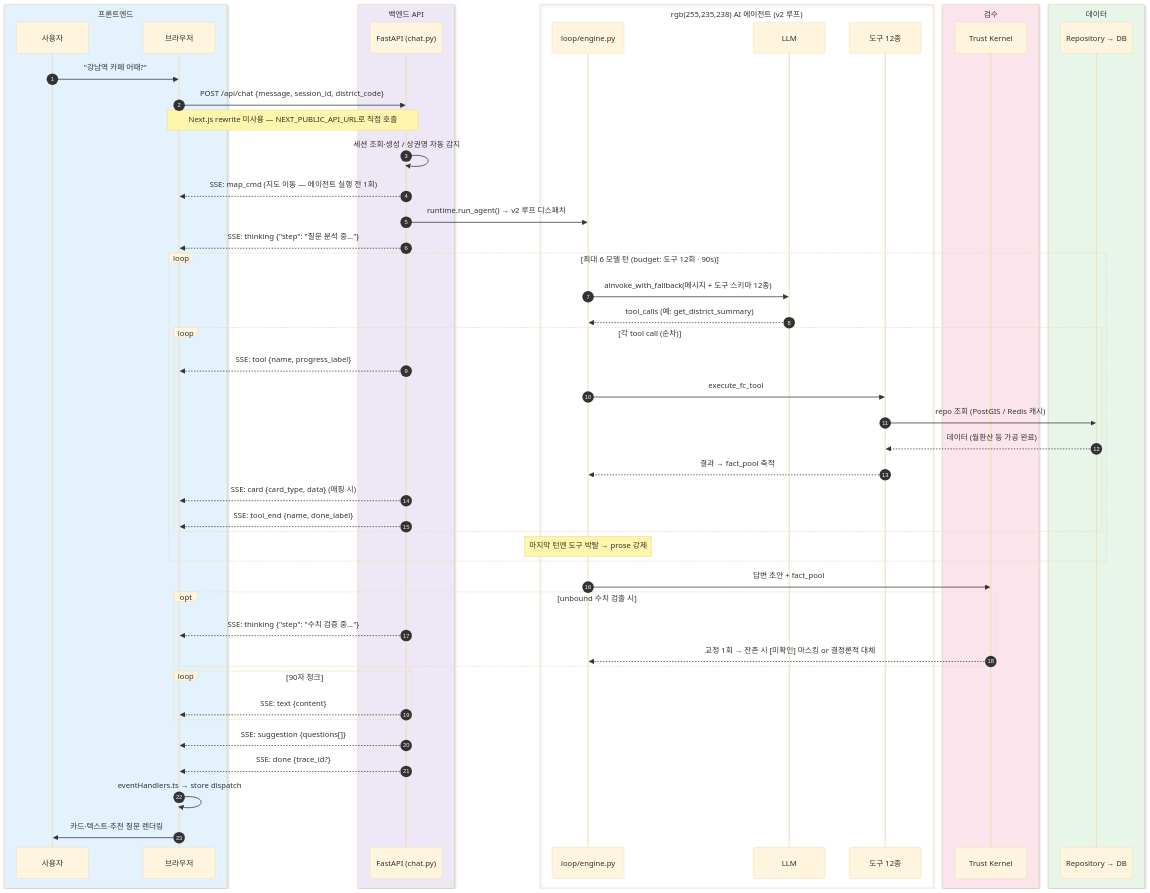
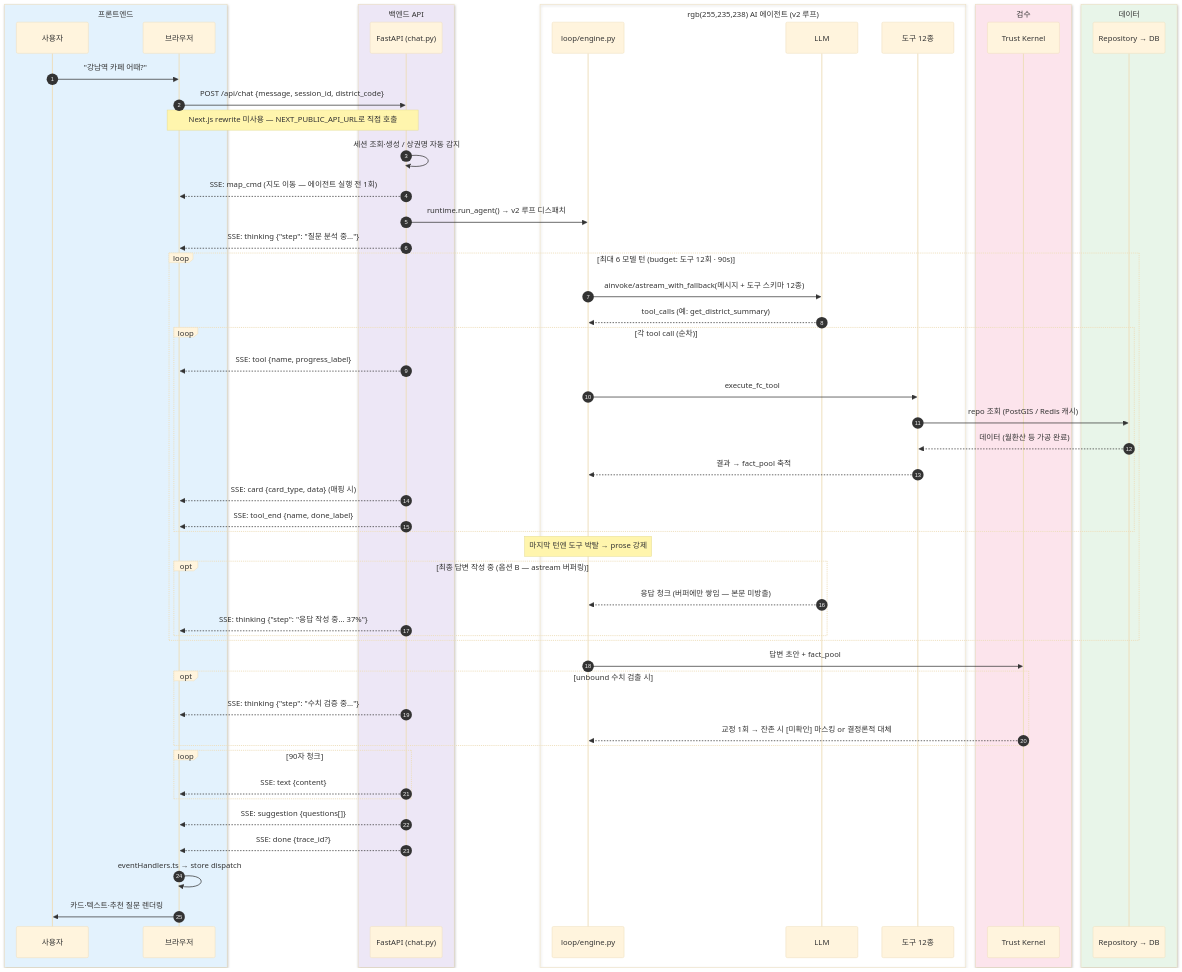
Before and after one commit to SJayKim/Catchment-Area-Analysis: the diagram in docs/learning/01-큰그림-한질문의여정.md, drawn with Mermaid (base theme). The commit also changed other lines of this file and 9 other files, not shown here.

````diff
--- a/docs/learning/01-큰그림-한질문의여정.md
+++ b/docs/learning/01-큰그림-한질문의여정.md
@@ -25,63 +27,67 @@
 ```mermaid
 sequenceDiagram
     autonumber
     box rgb(227,242,253) 프론트엔드
         participant 사용자
         participant 브라우저
     end
     box rgb(237,231,246) 백엔드 API
         participant FastAPI as FastAPI (chat.py)
     end
     box rgb(255,235,238) AI 에이전트 (v2 루프)
         participant 엔진 as loop/engine.py
         participant LLM
         participant 도구 as 도구 12종
     end
     box rgb(252,228,236) 검수
         participant TK as Trust Kernel
     end
     box rgb(232,245,233) 데이터
         participant DB as Repository → DB
     end
 
     사용자->>브라우저: "강남역 카페 어때?"
     브라우저->>FastAPI: POST /api/chat {message, session_id, district_code}
     Note over 브라우저,FastAPI: Next.js rewrite 미사용 — NEXT_PUBLIC_API_URL로 직접 호출
 
     FastAPI->>FastAPI: 세션 조회·생성 / 상권명 자동 감지
     FastAPI-->>브라우저: SSE: map_cmd (지도 이동 — 에이전트 실행 전 1회)
 
     FastAPI->>엔진: runtime.run_agent() → v2 루프 디스패치
     FastAPI-->>브라우저: SSE: thinking {"step": "질문 분석 중..."}
 
     loop 최대 6 모델 턴 (budget: 도구 12회 · 90s)
-        엔진->>LLM: ainvoke_with_fallback(메시지 + 도구 스키마 12종)
+        엔진->>LLM: ainvoke/astream_with_fallback(메시지 + 도구 스키마 12종)
         LLM-->>엔진: tool_calls (예: get_district_summary)
         loop 각 tool call (순차)
             FastAPI-->>브라우저: SSE: tool {name, progress_label}
             엔진->>도구: execute_fc_tool
             도구->>DB: repo 조회 (PostGIS / Redis 캐시)
             DB-->>도구: 데이터 (월환산 등 가공 완료)
             도구-->>엔진: 결과 → fact_pool 축적
             FastAPI-->>브라우저: SSE: card {card_type, data} (매핑 시)
             FastAPI-->>브라우저: SSE: tool_end {name, done_label}
         end
         Note over 엔진: 마지막 턴엔 도구 박탈 → prose 강제
+        opt 최종 답변 작성 중 (옵션 B — astream 버퍼링)
+            LLM-->>엔진: 응답 청크 (버퍼에만 쌓임 — 본문 미방출)
+            FastAPI-->>브라우저: SSE: thinking {"step": "응답 작성 중... 37%"}
+        end
     end
 
     엔진->>TK: 답변 초안 + fact_pool
     opt unbound 수치 검출 시
         FastAPI-->>브라우저: SSE: thinking {"step": "수치 검증 중..."}
         TK-->>엔진: 교정 1회 → 잔존 시 [미확인] 마스킹 or 결정론적 대체
     end
 
     loop 90자 청크
         FastAPI-->>브라우저: SSE: text {content}
     end
 
     FastAPI-->>브라우저: SSE: suggestion {questions[]}
     FastAPI-->>브라우저: SSE: done {trace_id?}
 
     브라우저->>브라우저: eventHandlers.ts → store dispatch
     브라우저->>사용자: 카드·텍스트·추천 질문 렌더링
 ```
````
